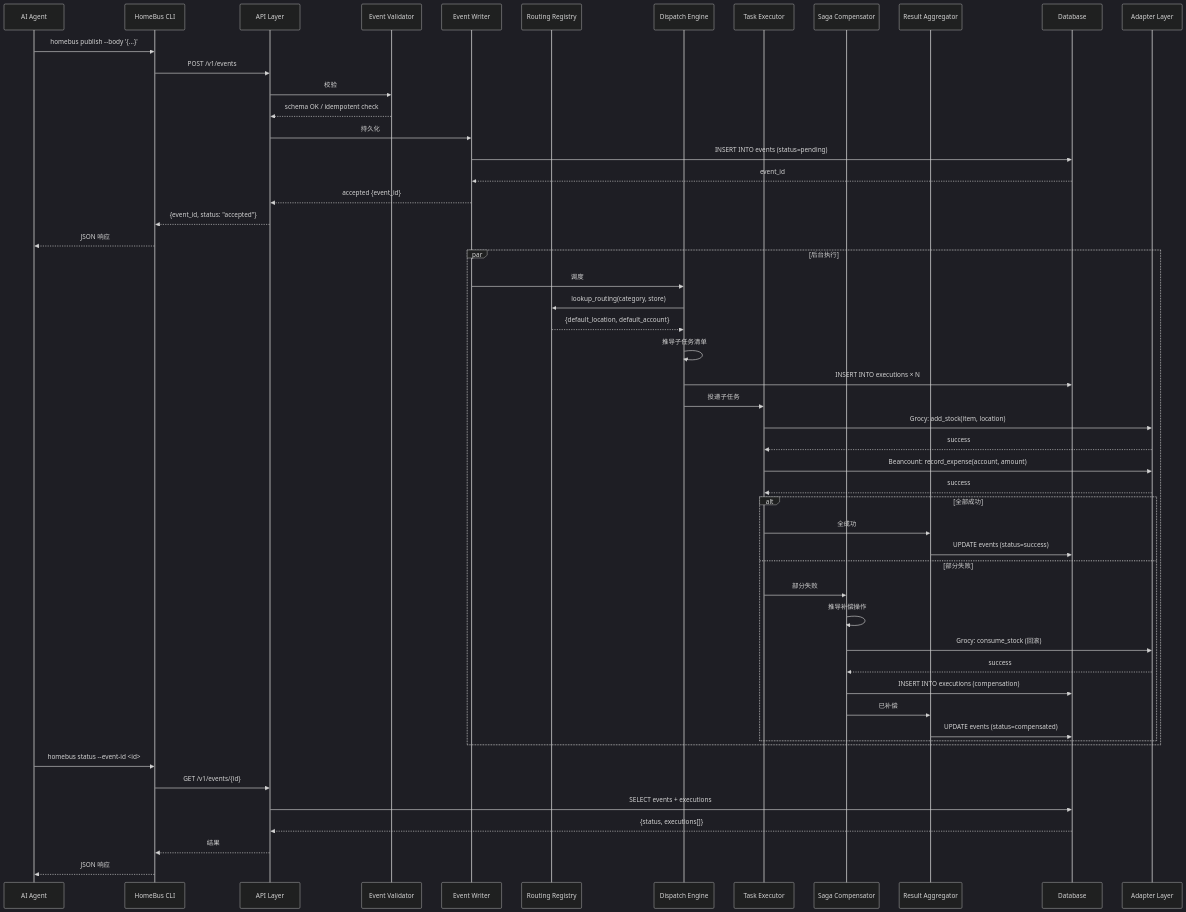
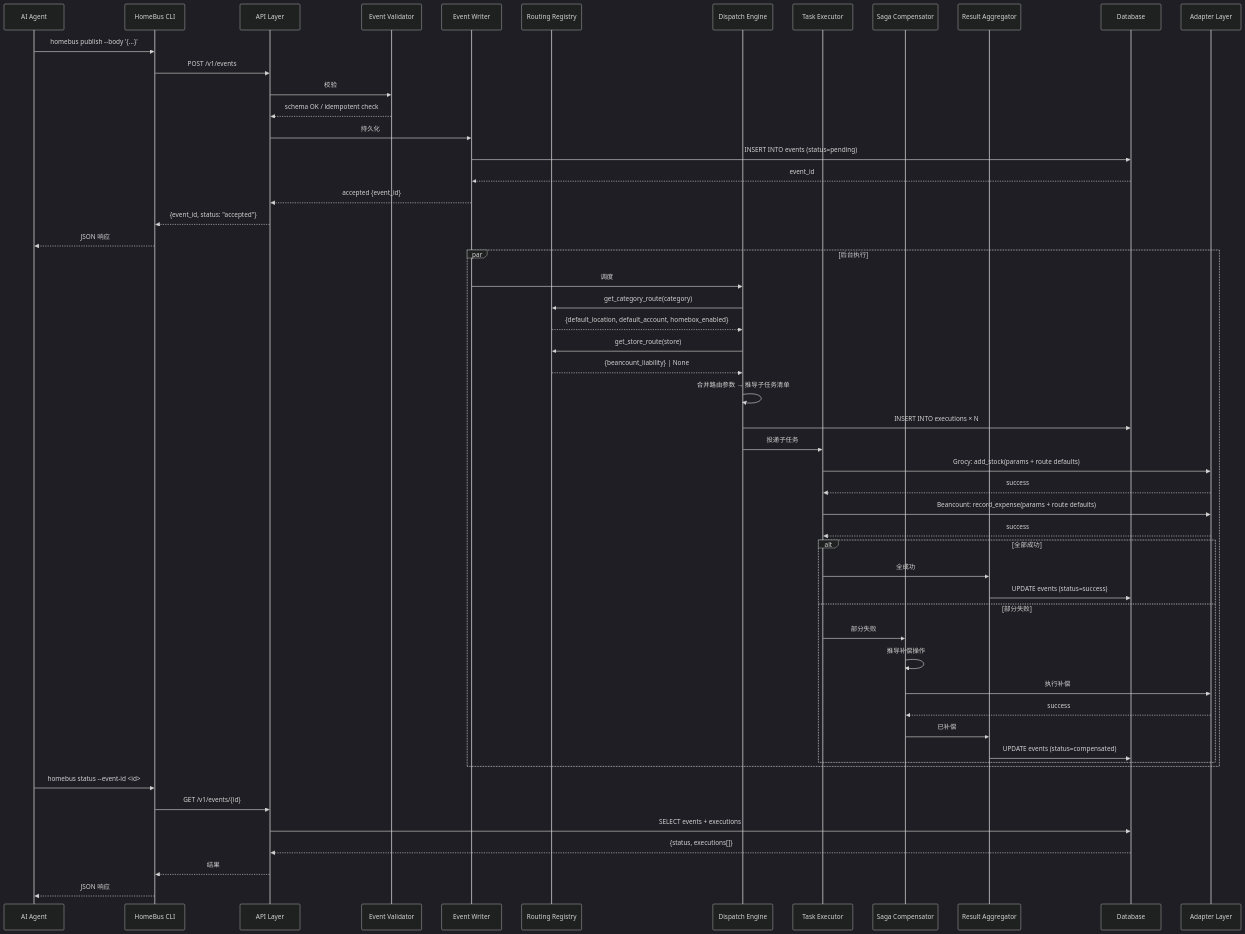
Before and after one commit to vicat47/vicat-home-bus: the second of 3 diagrams in doc/c4/component-core.md, drawn with Mermaid (dark theme). The commit also changed other lines of this file and 6 other files, not shown here.

First line of the commit message:
docs: re-scope observation & routing registry, update roadmap

````diff
--- a/doc/c4/component-core.md
+++ b/doc/c4/component-core.md
@@ -285,62 +276,63 @@
 ```mermaid
 sequenceDiagram
     participant Agent as AI Agent
     participant CLI as HomeBus CLI
     participant API as API Layer
     participant Val as Event Validator
     participant Wri as Event Writer
     participant Reg as Routing Registry
     participant Dis as Dispatch Engine
     participant Exec as Task Executor
     participant Saga as Saga Compensator
     participant Agg as Result Aggregator
     participant DB as Database
     participant Adp as Adapter Layer
 
     Agent->>CLI: homebus publish --body '{...}'
     CLI->>API: POST /v1/events
 
     API->>Val: 校验
     Val-->>API: schema OK / idempotent check
 
     API->>Wri: 持久化
     Wri->>DB: INSERT INTO events (status=pending)
     DB-->>Wri: event_id
     Wri-->>API: accepted {event_id}
     API-->>CLI: {event_id, status: "accepted"}
     CLI-->>Agent: JSON 响应
 
     par 后台执行
         Wri->>Dis: 调度
-        Dis->>Reg: lookup_routing(category, store)
-        Reg-->>Dis: {default_location, default_account}
-        Dis->>Dis: 推导子任务清单
+        Dis->>Reg: get_category_route(category)
+        Reg-->>Dis: {default_location, default_account, homebox_enabled}
+        Dis->>Reg: get_store_route(store)
+        Reg-->>Dis: {beancount_liability} | None
+        Dis->>Dis: 合并路由参数 → 推导子任务清单
         Dis->>DB: INSERT INTO executions × N
         Dis->>Exec: 投递子任务
 
-        Exec->>Adp: Grocy: add_stock(item, location)
+        Exec->>Adp: Grocy: add_stock(params + route defaults)
         Adp-->>Exec: success
-        Exec->>Adp: Beancount: record_expense(account, amount)
+        Exec->>Adp: Beancount: record_expense(params + route defaults)
         Adp-->>Exec: success
 
         alt 全部成功
             Exec->>Agg: 全成功
             Agg->>DB: UPDATE events (status=success)
         else 部分失败
             Exec->>Saga: 部分失败
             Saga->>Saga: 推导补偿操作
-            Saga->>Adp: Grocy: consume_stock (回滚)
+            Saga->>Adp: 执行补偿
             Adp-->>Saga: success
-            Saga->>DB: INSERT INTO executions (compensation)
             Saga->>Agg: 已补偿
             Agg->>DB: UPDATE events (status=compensated)
         end
     end
 
     Agent->>CLI: homebus status --event-id <id>
     CLI->>API: GET /v1/events/{id}
     API->>DB: SELECT events + executions
     DB-->>API: {status, executions[]}
     API-->>CLI: 结果
     CLI-->>Agent: JSON 响应
 ```
````
